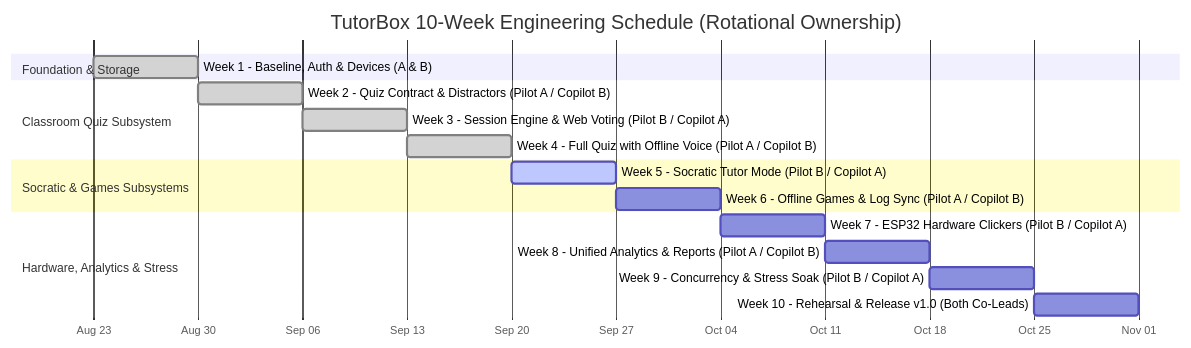
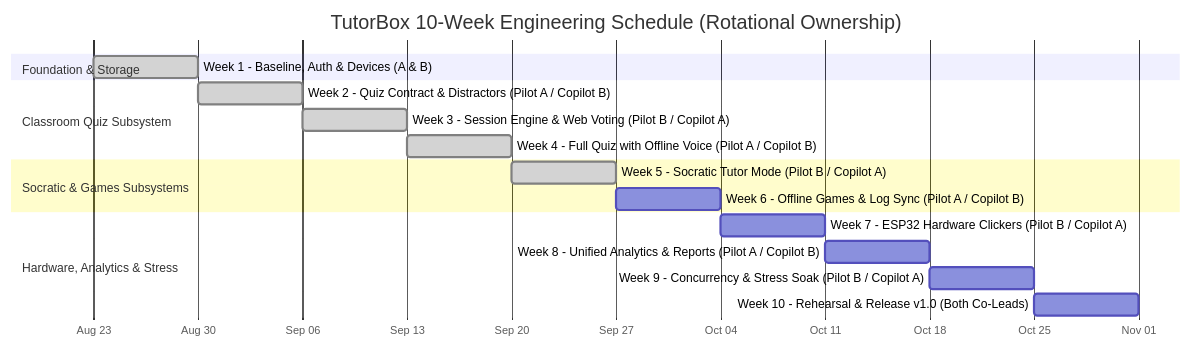
The diagram in docs/milestones/roadmap.md (GabGP/TutorBox), drawn with Mermaid before and after one commit. The commit also changed other lines of this file and 3 other files, not shown here.

Commit message:
docs(milestones): record the tutor's home-screen check on an iPhone and close Week 5

````diff
--- a/docs/milestones/roadmap.md
+++ b/docs/milestones/roadmap.md
@@ -45,24 +45,24 @@
 ```mermaid
 gantt
     title TutorBox 10-Week Engineering Schedule (Rotational Ownership)
     dateFormat  YYYY-MM-DD
     axisFormat  %b %d
 
     section Foundation & Storage
     Week 1 - Baseline, Auth & Devices (A & B) :done, w1, 2026-08-23, 2026-08-30
 
     section Classroom Quiz Subsystem
     Week 2 - Quiz Contract & Distractors (Pilot A / Copilot B) :done, w2, 2026-08-30, 2026-09-06
     Week 3 - Session Engine & Web Voting (Pilot B / Copilot A) :done, w3, 2026-09-06, 2026-09-13
     Week 4 - Full Quiz with Offline Voice (Pilot A / Copilot B) :done, w4, 2026-09-13, 2026-09-20
 
     section Socratic & Games Subsystems
-    Week 5 - Socratic Tutor Mode (Pilot B / Copilot A)         :active, w5, 2026-09-20, 2026-09-27
+    Week 5 - Socratic Tutor Mode (Pilot B / Copilot A)         :done, w5, 2026-09-20, 2026-09-27
     Week 6 - Offline Games & Log Sync (Pilot A / Copilot B)    :w6, 2026-09-27, 2026-10-04
 
     section Hardware, Analytics & Stress
     Week 7 - ESP32 Hardware Clickers (Pilot B / Copilot A)     :w7, 2026-10-04, 2026-10-11
     Week 8 - Unified Analytics & Reports (Pilot A / Copilot B) :w8, 2026-10-11, 2026-10-18
     Week 9 - Concurrency & Stress Soak (Pilot B / Copilot A)   :w9, 2026-10-18, 2026-10-25
     Week 10 - Rehearsal & Release v1.0 (Both Co-Leads)         :w10, 2026-10-25, 2026-11-01
 ```
````
